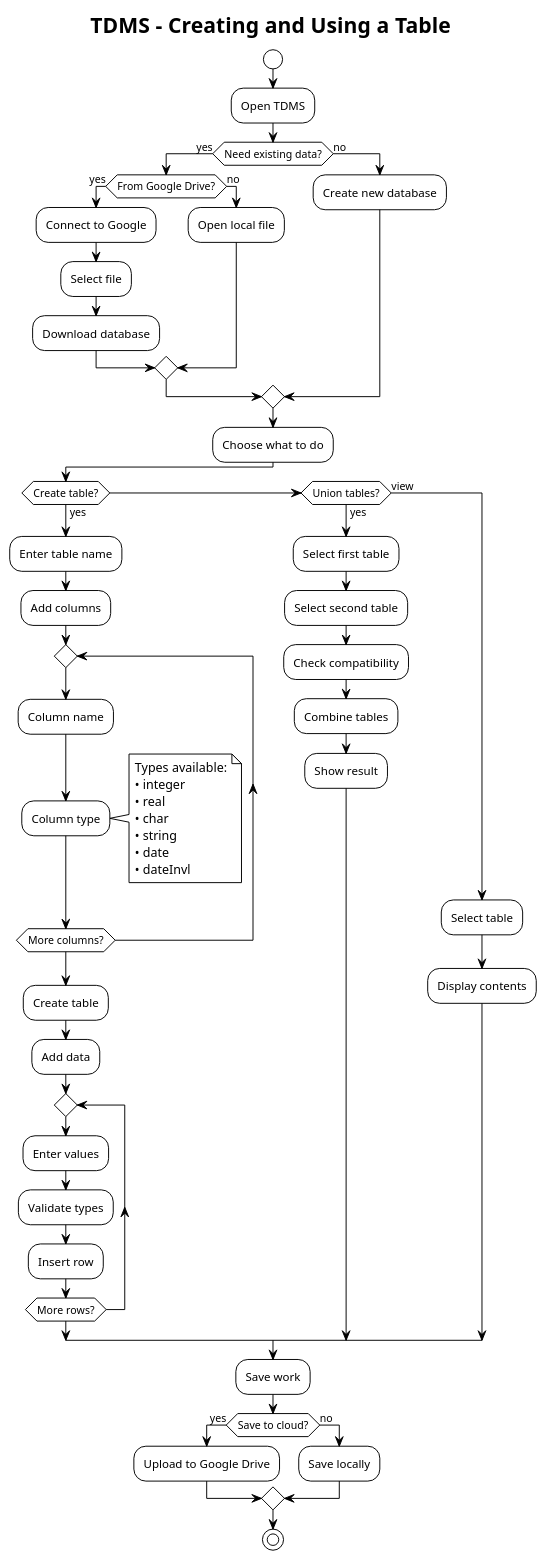
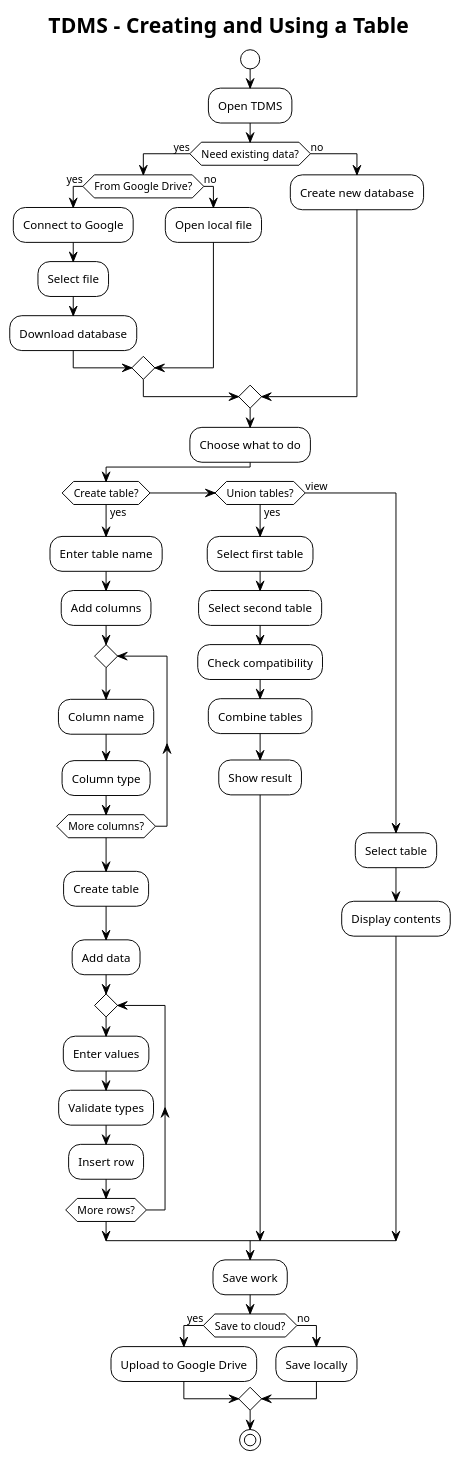
The diagram in UML/04_activity.puml (PavelShpagin/TDMS), drawn with PlantUML before and after one commit. The commit also changed 44 other files, not shown here.

```diff
--- a/UML/04_activity.puml
+++ b/UML/04_activity.puml
@@ -1,68 +1,60 @@
 @startuml activity
 !theme plain
 title TDMS - Creating and Using a Table
 
 start
 
 :Open TDMS;
 
 if (Need existing data?) then (yes)
   if (From Google Drive?) then (yes)
     :Connect to Google;
     :Select file;
     :Download database;
   else (no)
     :Open local file;
   endif
 else (no)
   :Create new database;
 endif
 
 :Choose what to do;
 
 if (Create table?) then (yes)
   :Enter table name;
   :Add columns;
   repeat
     :Column name;
     :Column type;
-    note right
-      Types available:
-      • integer
-      • real  
-      • char
-      • string
-      • date
-      • dateInvl
-    end note
+    
   repeat while (More columns?)
   :Create table;
   
   :Add data;
   repeat
     :Enter values;
     :Validate types;
     :Insert row;
   repeat while (More rows?)
   
 elseif (Union tables?) then (yes)
   :Select first table;
   :Select second table;
   :Check compatibility;
   :Combine tables;
   :Show result;
 else (view)
   :Select table;
   :Display contents;
 endif
 
 :Save work;
 if (Save to cloud?) then (yes)
   :Upload to Google Drive;
 else (no)
   :Save locally;
 endif
 
 stop
 
 @enduml
```
